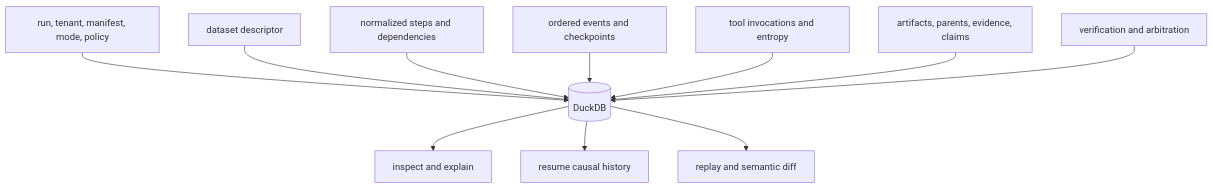
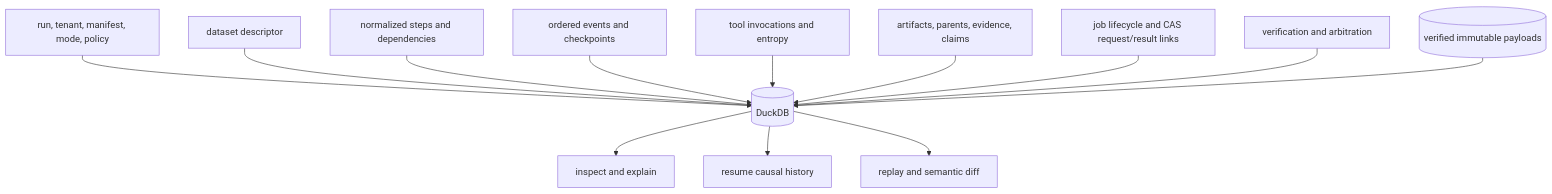
Before and after one commit to bijux/bijux-canon: the first of 2 diagrams in docs/06-bijux-canon-runtime/architecture/state-and-persistence.md, drawn with Mermaid. The commit also changed other lines of this file and 23 other files, not shown here.

````diff
--- a/docs/06-bijux-canon-runtime/architecture/state-and-persistence.md
+++ b/docs/06-bijux-canon-runtime/architecture/state-and-persistence.md
@@ -18,13 +18,15 @@
 ```mermaid
 flowchart TD
     contract["run, tenant, manifest, mode, policy"] --> db[("DuckDB")]
     dataset["dataset descriptor"] --> db
     plan["normalized steps and dependencies"] --> db
     events["ordered events and checkpoints"] --> db
     tools["tool invocations and entropy"] --> db
     artifacts["artifacts, parents, evidence, claims"] --> db
+    jobs["job lifecycle and CAS request/result links"] --> db
     verification["verification and arbitration"] --> db
+    cas[("verified immutable payloads")] --> db
     db --> inspect["inspect and explain"]
     db --> resume["resume causal history"]
     db --> replay["replay and semantic diff"]
 ```
````
